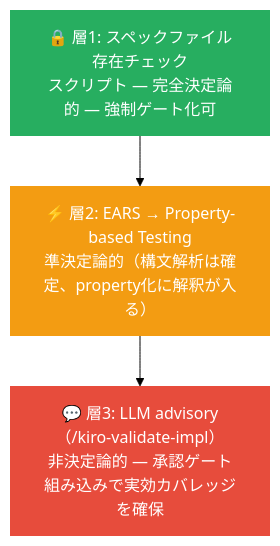
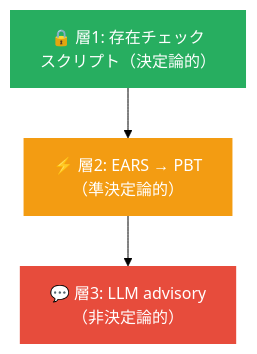
The first of 2 diagrams in atelier/docs/why-sdd.md (PrimeBrains/sdd-workshop), drawn with Mermaid (forest theme) before and after one commit. The commit also changed other lines of this file, not shown here.

````diff
--- a/atelier/docs/why-sdd.md
+++ b/atelier/docs/why-sdd.md
@@ -134,10 +132,10 @@
 ```mermaid
 graph TD
-    L1["🔒 層1: スペックファイル存在チェック<br/>スクリプト — 完全決定論的 — 強制ゲート化可"]
-    L2["⚡ 層2: EARS → Property-based Testing<br/>準決定論的（構文解析は確定、property化に解釈が入る）"]
-    L3["💬 層3: LLM advisory（/kiro-validate-impl）<br/>非決定論的 — 承認ゲート組み込みで実効カバレッジを確保"]
+    L1["🔒 層1: 存在チェック<br/>スクリプト（決定論的）"]
+    L2["⚡ 層2: EARS → PBT<br/>（準決定論的）"]
+    L3["💬 層3: LLM advisory<br/>（非決定論的）"]
     L1 --> L2 --> L3
     style L1 fill:#27ae60,color:#fff,stroke:none
     style L2 fill:#f39c12,color:#fff,stroke:none
     style L3 fill:#e74c3c,color:#fff,stroke:none
 ```
````
